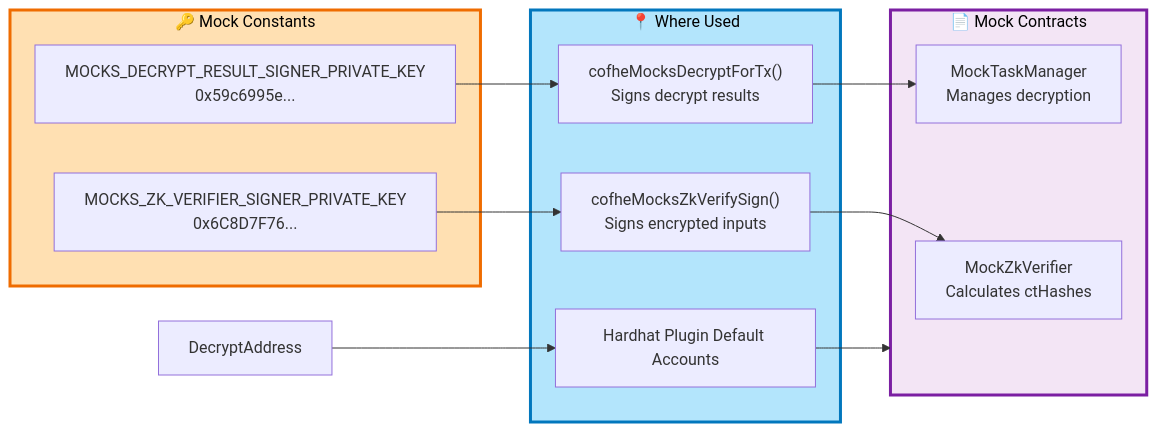
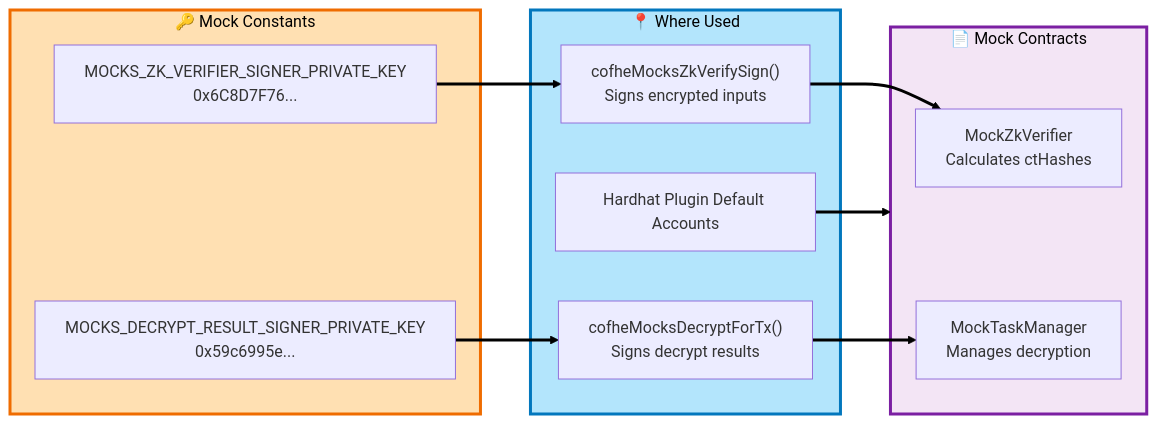
One commit to FhenixProtocol/cofhesdk changed the sixth of 7 diagrams in ARCHITECTURE.md. Above: the diagram before and after it, drawn with Mermaid. The commit also changed other lines of this file, not shown here.

````diff
--- a/ARCHITECTURE.md
+++ b/ARCHITECTURE.md
@@ -249,30 +259,31 @@
 ```mermaid
 graph LR
     subgraph Constants["🔑 Mock Constants"]
         DecryptSigner["MOCKS_DECRYPT_RESULT_SIGNER_PRIVATE_KEY<br/>0x59c6995e..."]
         ZkVerifierSigner["MOCKS_ZK_VERIFIER_SIGNER_PRIVATE_KEY<br/>0x6C8D7F76..."]        
     end
     
     subgraph Usage["📍 Where Used"]
         ZkSign["cofheMocksZkVerifySign()<br/>Signs encrypted inputs"]
         DecryptSign["cofheMocksDecryptForTx()<br/>Signs decrypt results"]
         HardhatAccts["Hardhat Plugin Default Accounts"]
     end
     
     subgraph Contracts["📄 Mock Contracts"]
         MockZk["MockZkVerifier<br/>Calculates ctHashes"]
         MockTM["MockTaskManager<br/>Manages decryption"]
     end
     
     ZkVerifierSigner --> ZkSign
     DecryptSigner --> DecryptSign
-    DecryptAddress --> HardhatAccts
     
     ZkSign --> MockZk
     DecryptSign --> MockTM
     HardhatAccts --> Contracts
     
+    linkStyle default stroke:#000,stroke-width:3px
+    
     style Constants fill:#ffe0b2,stroke:#ef6c00,stroke-width:3px,color:#000
     style Usage fill:#b3e5fc,stroke:#0277bd,stroke-width:3px,color:#000
     style Contracts fill:#f3e5f5,stroke:#7b1fa2,stroke-width:3px,color:#000
 ```
````
